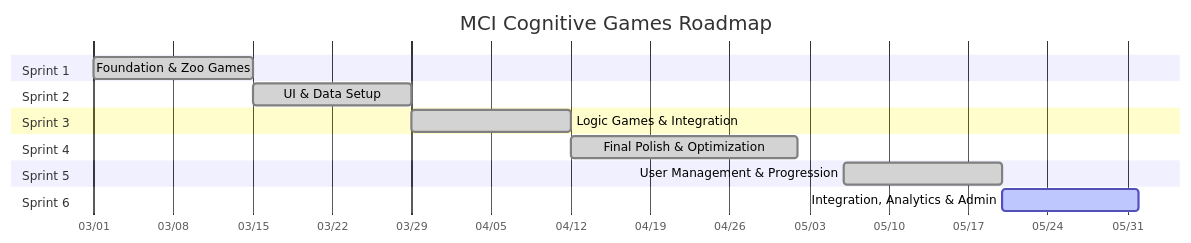
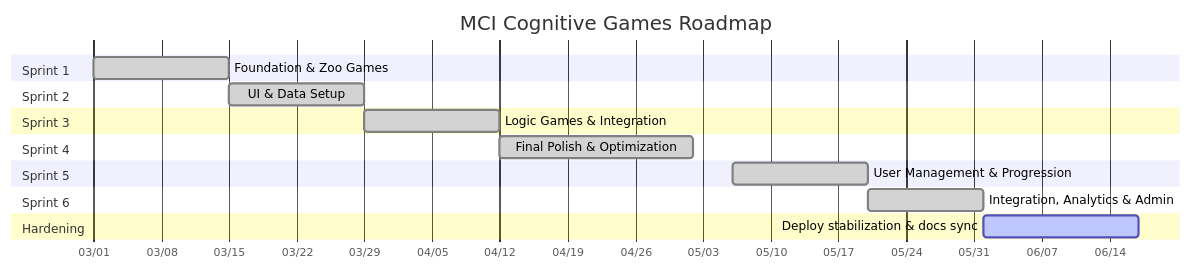
The diagram in docs/agile/02-sprint-planning.md (ChayutChanmueang/mci-cognitive-game-hub-dev-deploy), drawn with Mermaid before and after one commit. The commit also changed other lines of this file and 9 other files, not shown here.

````diff
--- a/docs/agile/02-sprint-planning.md
+++ b/docs/agile/02-sprint-planning.md
@@ -17,18 +20,20 @@
 ```mermaid
 gantt
     title MCI Cognitive Games Roadmap
     dateFormat  YYYY-MM-DD
     axisFormat  %m/%d
     section Sprint 1
     Foundation & Zoo Games :done, s1, 2026-03-01, 14d
     section Sprint 2
     UI & Data Setup        :done, s2, 2026-03-15, 14d
     section Sprint 3
     Logic Games & Integration :done, s3, 2026-03-29, 14d
     section Sprint 4
     Final Polish & Optimization :done, s4, 2026-04-12, 20d
     section Sprint 5
     User Management & Progression :done, s5, 2026-05-06, 14d
     section Sprint 6
-    Integration, Analytics & Admin :active, s6, 2026-05-20, 12d
+    Integration, Analytics & Admin :done, s6, 2026-05-20, 12d
+    section Hardening
+    Deploy stabilization & docs sync :active, harden, 2026-06-01, 16d
 ```
````
